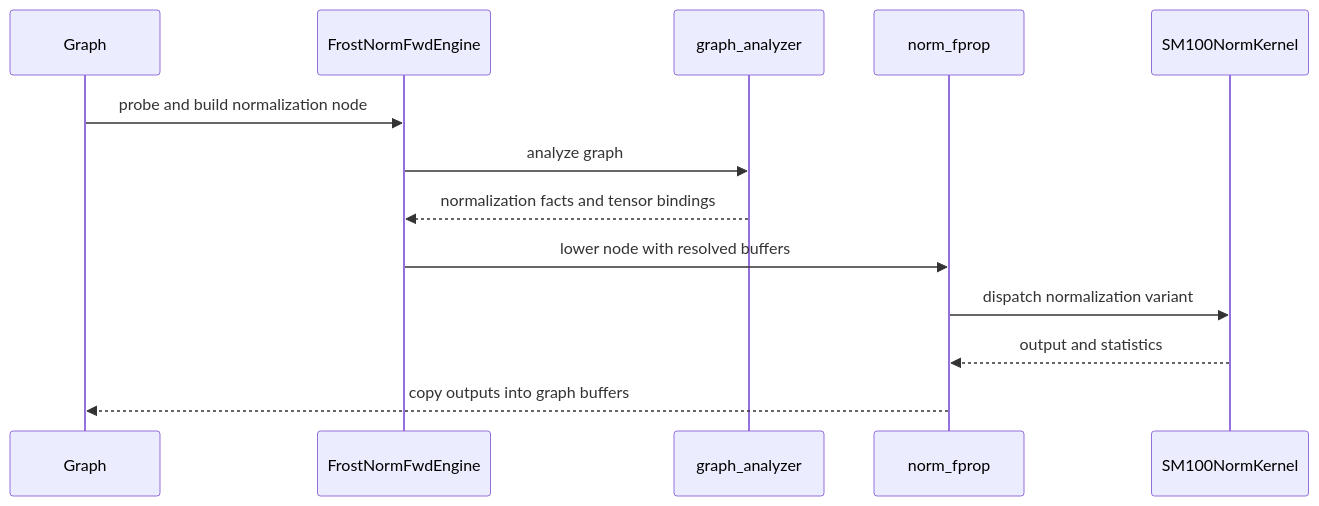
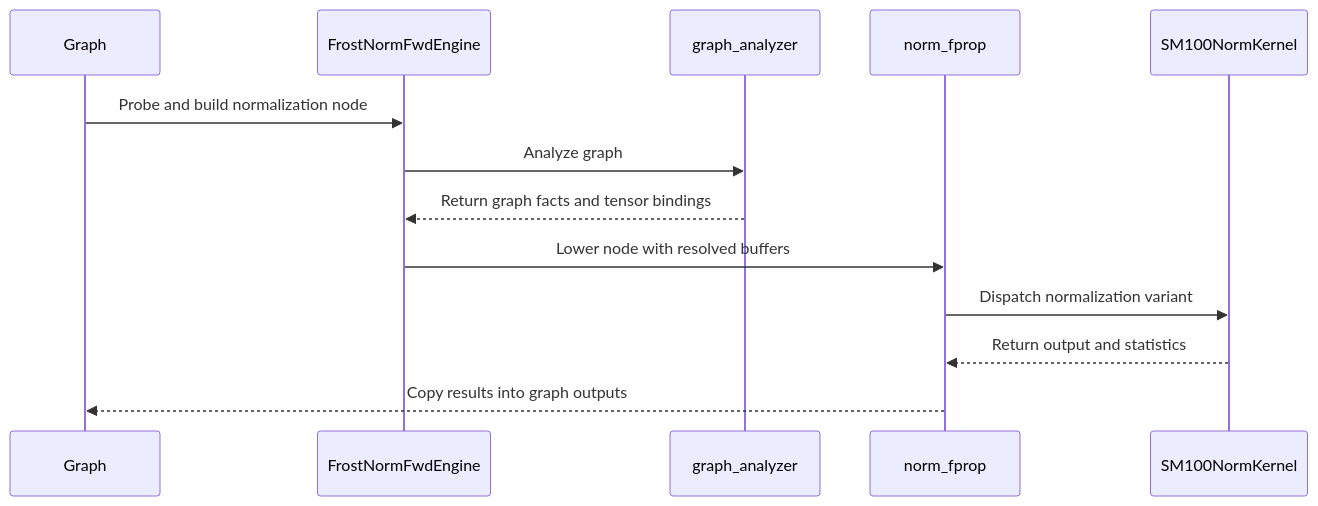
Before and after one commit to yuguo-Jack/HCU-TrainFlow: the diagram in knowledge/projects/cudnn-frontend/knowledgebase/upstream/prs/NVIDIA--cudnn-frontend/PR-1509.md, drawn with Mermaid. The commit also changed other lines of this file and 19088 other files, not shown here.

````diff
--- a/knowledge/projects/cudnn-frontend/knowledgebase/upstream/prs/NVIDIA--cudnn-frontend/PR-1509.md
+++ b/knowledge/projects/cudnn-frontend/knowledgebase/upstream/prs/NVIDIA--cudnn-frontend/PR-1509.md
@@ -535,15 +1146,15 @@
 ```mermaid
 sequenceDiagram
   participant Graph
   participant FrostNormFwdEngine
   participant graph_analyzer
   participant norm_fprop
   participant SM100NormKernel
-  Graph->>FrostNormFwdEngine: probe and build normalization node
-  FrostNormFwdEngine->>graph_analyzer: analyze graph
-  graph_analyzer-->>FrostNormFwdEngine: normalization facts and tensor bindings
-  FrostNormFwdEngine->>norm_fprop: lower node with resolved buffers
-  norm_fprop->>SM100NormKernel: dispatch normalization variant
-  SM100NormKernel-->>norm_fprop: output and statistics
-  norm_fprop-->>Graph: copy outputs into graph buffers
+  Graph->>FrostNormFwdEngine: Probe and build normalization node
+  FrostNormFwdEngine->>graph_analyzer: Analyze graph
+  graph_analyzer-->>FrostNormFwdEngine: Return graph facts and tensor bindings
+  FrostNormFwdEngine->>norm_fprop: Lower node with resolved buffers
+  norm_fprop->>SM100NormKernel: Dispatch normalization variant
+  SM100NormKernel-->>norm_fprop: Return output and statistics
+  norm_fprop-->>Graph: Copy results into graph outputs
 ```
````
